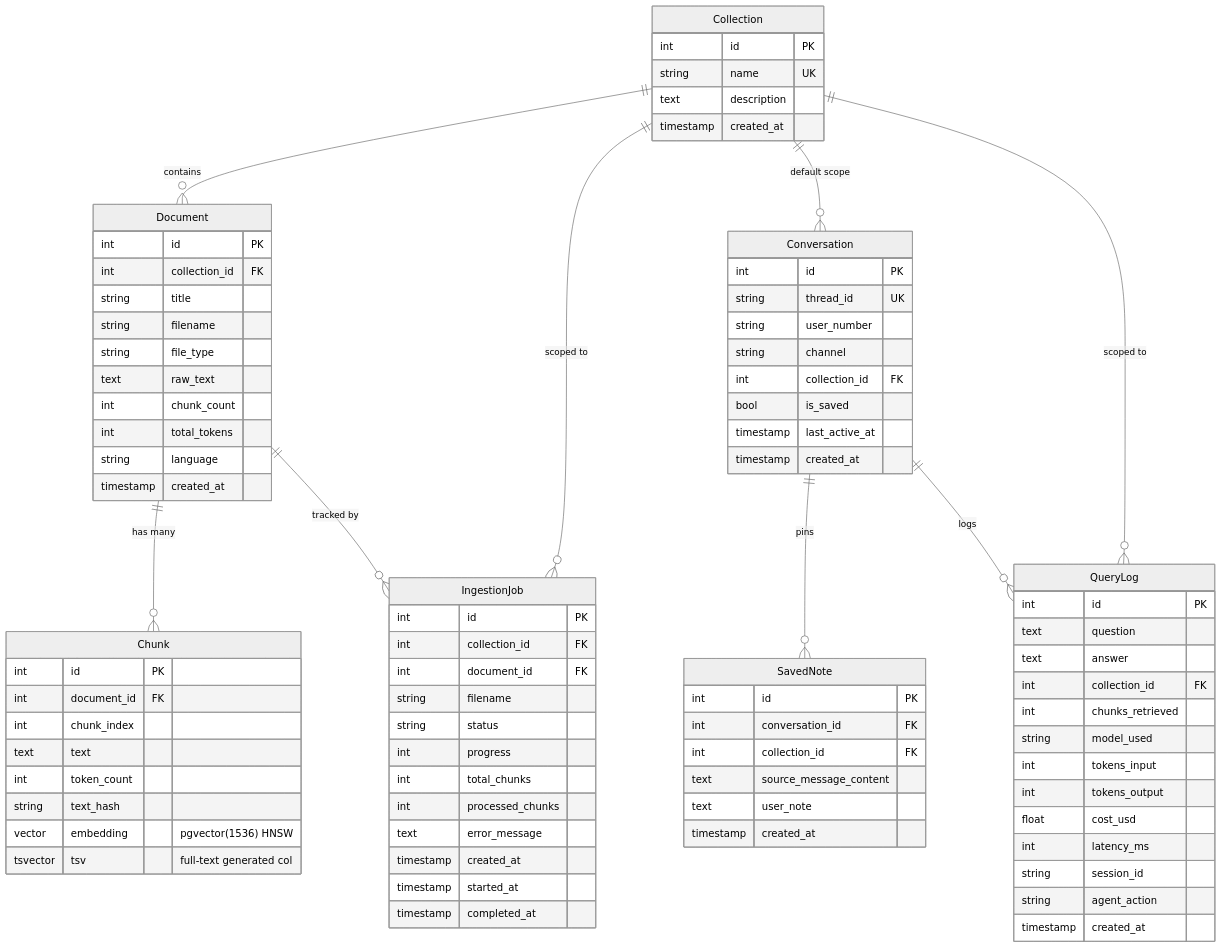
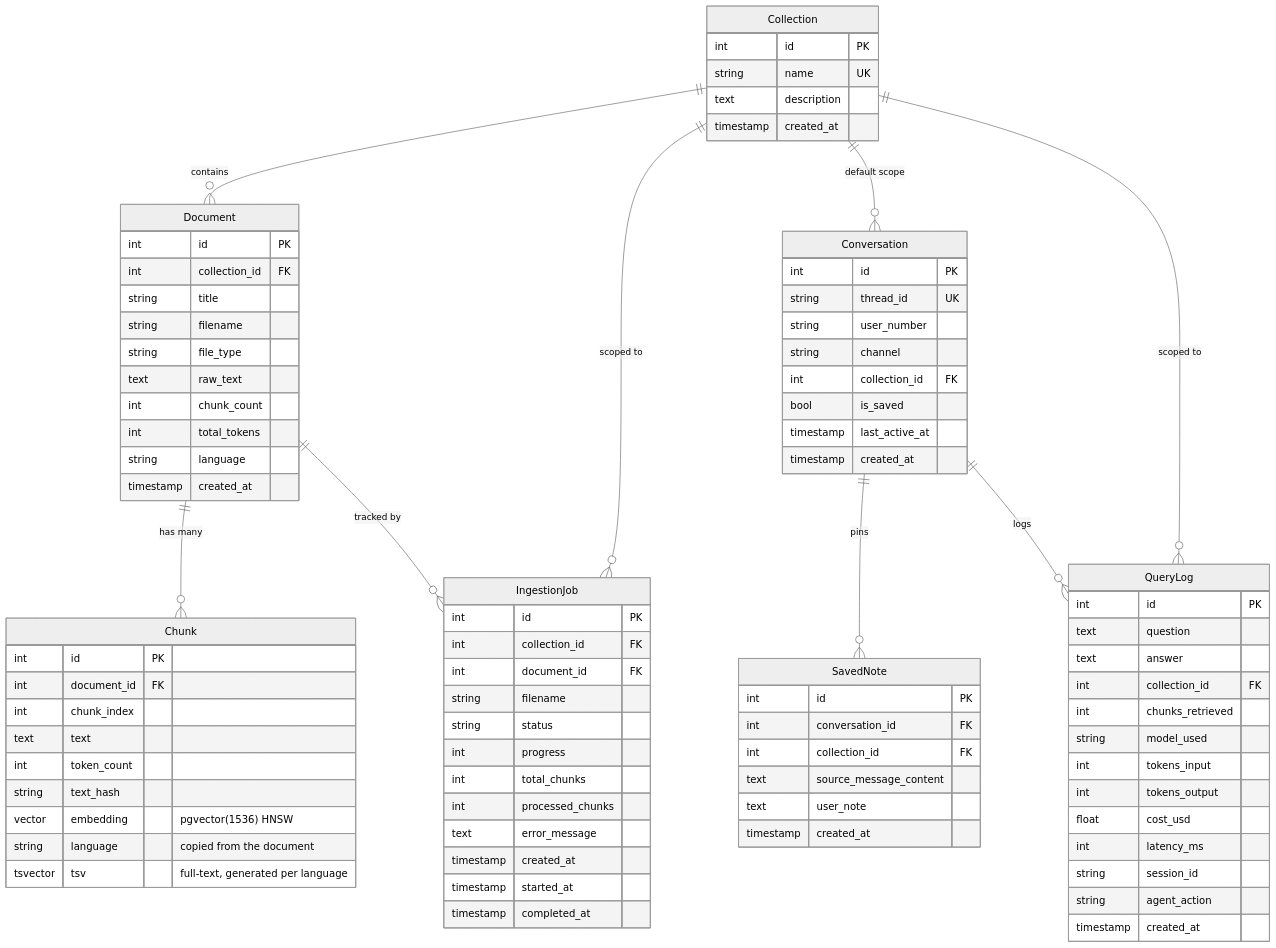
The fourth of 4 diagrams in ARCHITECTURE.md (FrancoCazal/WhisperDocs), drawn with Mermaid (neutral theme) before and after one commit. The commit also changed other lines of this file and 25 other files, not shown here.

```diff
--- a/ARCHITECTURE.md
+++ b/ARCHITECTURE.md
@@ -220,7 +220,8 @@
     int token_count
     string text_hash
     vector embedding "pgvector(1536) HNSW"
-    tsvector tsv "full-text generated col"
+    string language "copied from the document"
+    tsvector tsv "full-text, generated per language"
   }
 
   IngestionJob {
```
